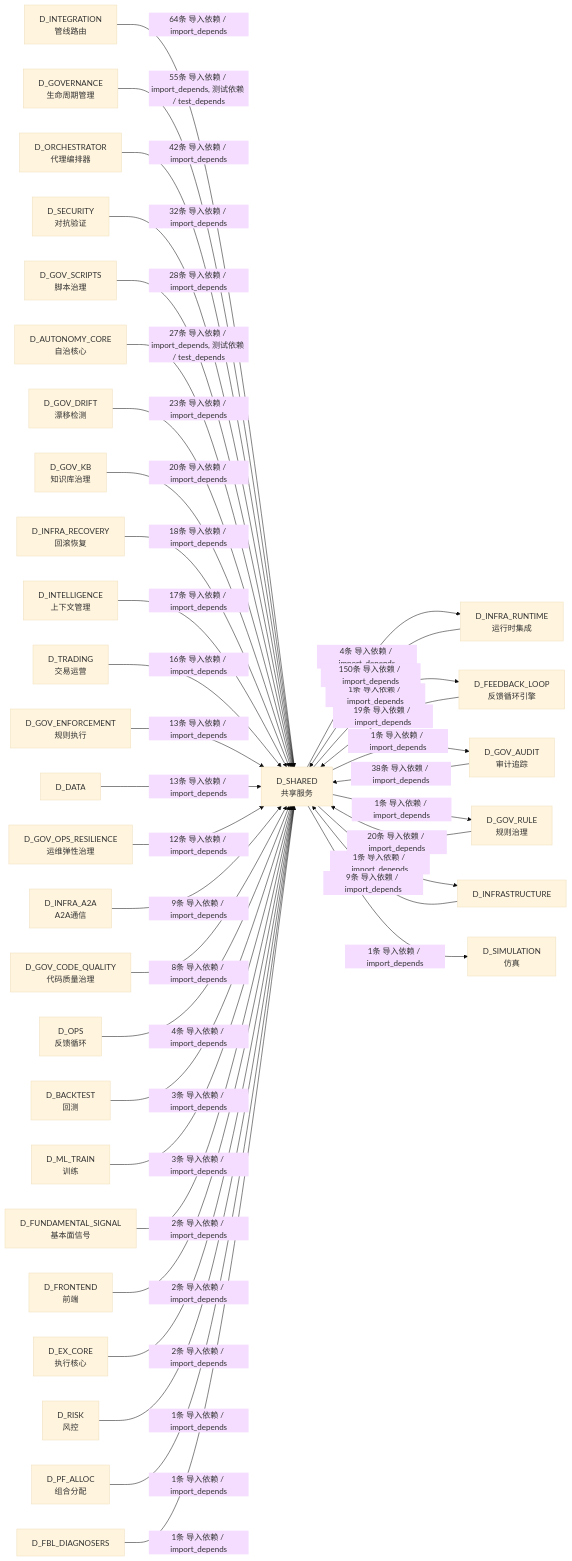
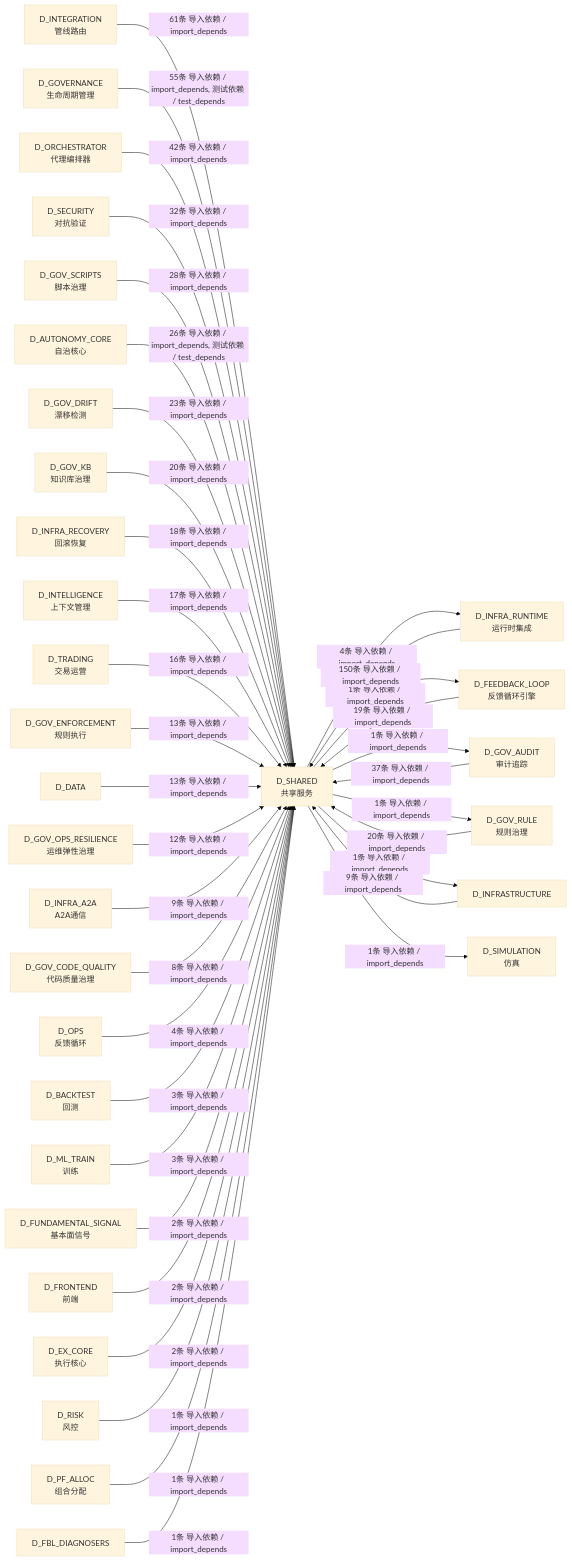
One commit to xuanFelixVan/ZephyrAlpha changed the tenth of 10 diagrams in docs/02_enterprise_architecture/02_domain_architecture_docs/26_d_shared.md. Above: the diagram before and after it, drawn with Mermaid (base theme). The commit also changed other lines of this file and 96 other files, not shown here.

````diff
--- a/docs/02_enterprise_architecture/02_domain_architecture_docs/26_d_shared.md
+++ b/docs/02_enterprise_architecture/02_domain_architecture_docs/26_d_shared.md
@@ -1737,71 +1728,71 @@
 ```mermaid
 graph LR
     D_SHARED["D_SHARED<br/>共享服务"]
     D_INFRA_RUNTIME["D_INFRA_RUNTIME<br/>运行时集成"]
     D_FEEDBACK_LOOP["D_FEEDBACK_LOOP<br/>反馈循环引擎"]
     D_GOV_AUDIT["D_GOV_AUDIT<br/>审计追踪"]
     D_GOV_RULE["D_GOV_RULE<br/>规则治理"]
     D_INFRASTRUCTURE["D_INFRASTRUCTURE"]
     D_SIMULATION["D_SIMULATION<br/>仿真"]
     D_INTEGRATION["D_INTEGRATION<br/>管线路由"]
     D_GOVERNANCE["D_GOVERNANCE<br/>生命周期管理"]
     D_ORCHESTRATOR["D_ORCHESTRATOR<br/>代理编排器"]
     D_SECURITY["D_SECURITY<br/>对抗验证"]
     D_GOV_SCRIPTS["D_GOV_SCRIPTS<br/>脚本治理"]
     D_AUTONOMY_CORE["D_AUTONOMY_CORE<br/>自治核心"]
     D_GOV_DRIFT["D_GOV_DRIFT<br/>漂移检测"]
     D_GOV_KB["D_GOV_KB<br/>知识库治理"]
     D_INFRA_RECOVERY["D_INFRA_RECOVERY<br/>回滚恢复"]
     D_INTELLIGENCE["D_INTELLIGENCE<br/>上下文管理"]
     D_TRADING["D_TRADING<br/>交易运营"]
     D_GOV_ENFORCEMENT["D_GOV_ENFORCEMENT<br/>规则执行"]
     D_DATA["D_DATA"]
     D_GOV_OPS_RESILIENCE["D_GOV_OPS_RESILIENCE<br/>运维弹性治理"]
     D_INFRA_A2A["D_INFRA_A2A<br/>A2A通信"]
     D_GOV_CODE_QUALITY["D_GOV_CODE_QUALITY<br/>代码质量治理"]
     D_OPS["D_OPS<br/>反馈循环"]
     D_BACKTEST["D_BACKTEST<br/>回测"]
     D_ML_TRAIN["D_ML_TRAIN<br/>训练"]
     D_FUNDAMENTAL_SIGNAL["D_FUNDAMENTAL_SIGNAL<br/>基本面信号"]
     D_FRONTEND["D_FRONTEND<br/>前端"]
     D_EX_CORE["D_EX_CORE<br/>执行核心"]
     D_RISK["D_RISK<br/>风控"]
     D_PF_ALLOC["D_PF_ALLOC<br/>组合分配"]
     D_FBL_DIAGNOSERS["D_FBL_DIAGNOSERS"]
     D_SHARED -->|4条 导入依赖 / import_depends| D_INFRA_RUNTIME
     D_SHARED -->|1条 导入依赖 / import_depends| D_FEEDBACK_LOOP
     D_SHARED -->|1条 导入依赖 / import_depends| D_GOV_AUDIT
     D_SHARED -->|1条 导入依赖 / import_depends| D_GOV_RULE
     D_SHARED -->|1条 导入依赖 / import_depends| D_INFRASTRUCTURE
     D_SHARED -->|1条 导入依赖 / import_depends| D_SIMULATION
     D_INFRA_RUNTIME -->|150条 导入依赖 / import_depends| D_SHARED
-    D_INTEGRATION -->|64条 导入依赖 / import_depends| D_SHARED
+    D_INTEGRATION -->|61条 导入依赖 / import_depends| D_SHARED
     D_GOVERNANCE -->|55条 导入依赖 / import_depends, 测试依赖 / test_depends| D_SHARED
     D_ORCHESTRATOR -->|42条 导入依赖 / import_depends| D_SHARED
-    D_GOV_AUDIT -->|38条 导入依赖 / import_depends| D_SHARED
+    D_GOV_AUDIT -->|37条 导入依赖 / import_depends| D_SHARED
     D_SECURITY -->|32条 导入依赖 / import_depends| D_SHARED
     D_GOV_SCRIPTS -->|28条 导入依赖 / import_depends| D_SHARED
-    D_AUTONOMY_CORE -->|27条 导入依赖 / import_depends, 测试依赖 / test_depends| D_SHARED
+    D_AUTONOMY_CORE -->|26条 导入依赖 / import_depends, 测试依赖 / test_depends| D_SHARED
     D_GOV_DRIFT -->|23条 导入依赖 / import_depends| D_SHARED
     D_GOV_RULE -->|20条 导入依赖 / import_depends| D_SHARED
     D_GOV_KB -->|20条 导入依赖 / import_depends| D_SHARED
     D_FEEDBACK_LOOP -->|19条 导入依赖 / import_depends| D_SHARED
     D_INFRA_RECOVERY -->|18条 导入依赖 / import_depends| D_SHARED
     D_INTELLIGENCE -->|17条 导入依赖 / import_depends| D_SHARED
     D_TRADING -->|16条 导入依赖 / import_depends| D_SHARED
     D_GOV_ENFORCEMENT -->|13条 导入依赖 / import_depends| D_SHARED
     D_DATA -->|13条 导入依赖 / import_depends| D_SHARED
     D_GOV_OPS_RESILIENCE -->|12条 导入依赖 / import_depends| D_SHARED
     D_INFRASTRUCTURE -->|9条 导入依赖 / import_depends| D_SHARED
     D_INFRA_A2A -->|9条 导入依赖 / import_depends| D_SHARED
     D_GOV_CODE_QUALITY -->|8条 导入依赖 / import_depends| D_SHARED
     D_OPS -->|4条 导入依赖 / import_depends| D_SHARED
     D_BACKTEST -->|3条 导入依赖 / import_depends| D_SHARED
     D_ML_TRAIN -->|3条 导入依赖 / import_depends| D_SHARED
     D_FUNDAMENTAL_SIGNAL -->|2条 导入依赖 / import_depends| D_SHARED
     D_FRONTEND -->|2条 导入依赖 / import_depends| D_SHARED
     D_EX_CORE -->|2条 导入依赖 / import_depends| D_SHARED
     D_RISK -->|1条 导入依赖 / import_depends| D_SHARED
     D_PF_ALLOC -->|1条 导入依赖 / import_depends| D_SHARED
     D_FBL_DIAGNOSERS -->|1条 导入依赖 / import_depends| D_SHARED
 ```
````
